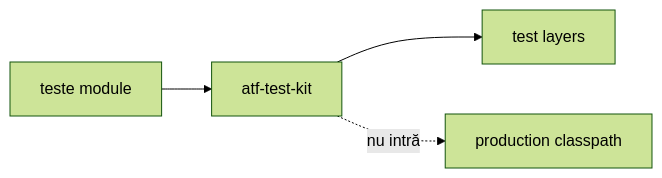
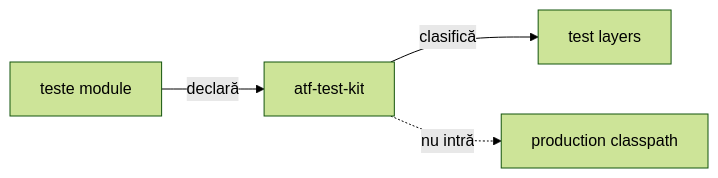
The diagram in atf-test-kit/README.md (crististefanita/demo2), drawn with Mermaid (forest theme) before and after one commit. The commit also changed other lines of this file and 102 other files, not shown here.

````diff
--- a/atf-test-kit/README.md
+++ b/atf-test-kit/README.md
@@ -8,6 +8,6 @@
 ```mermaid
 flowchart LR
-    ModuleTests[teste module] --> Kit[atf-test-kit]
-    Kit --> Levels[test layers]
+    ModuleTests[teste module] -->|declară| Kit[atf-test-kit]
+    Kit -->|clasifică| Levels[test layers]
     Kit -. nu intră .-> Production[production classpath]
 ```
````
